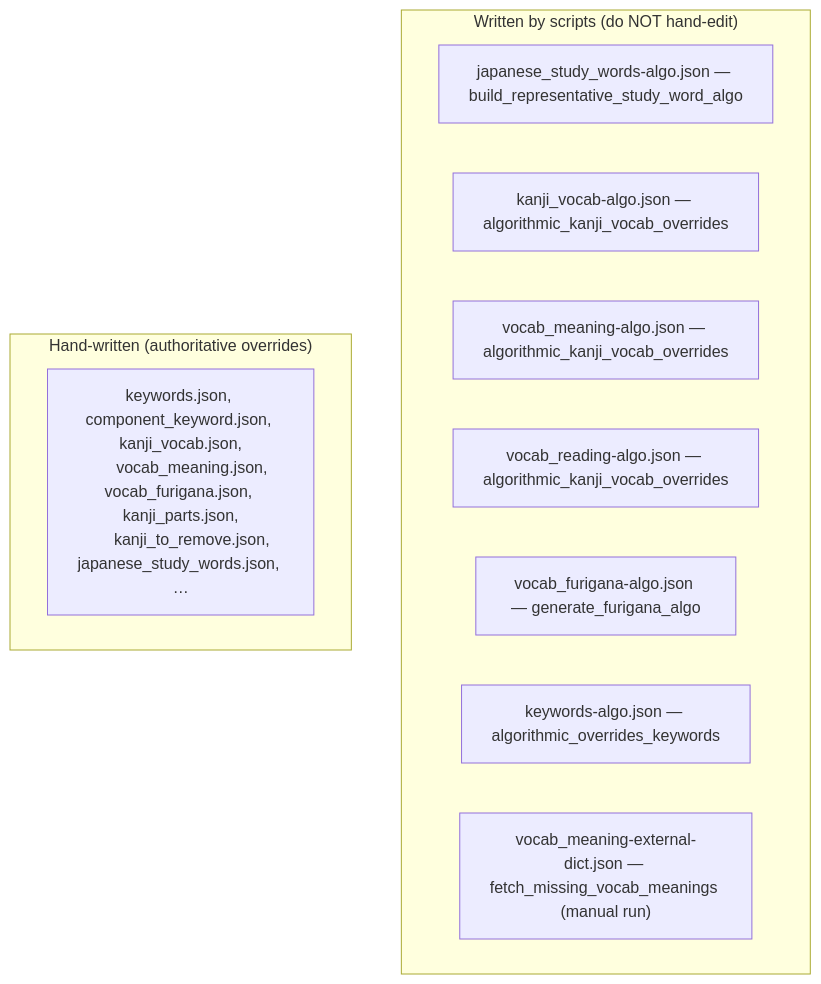
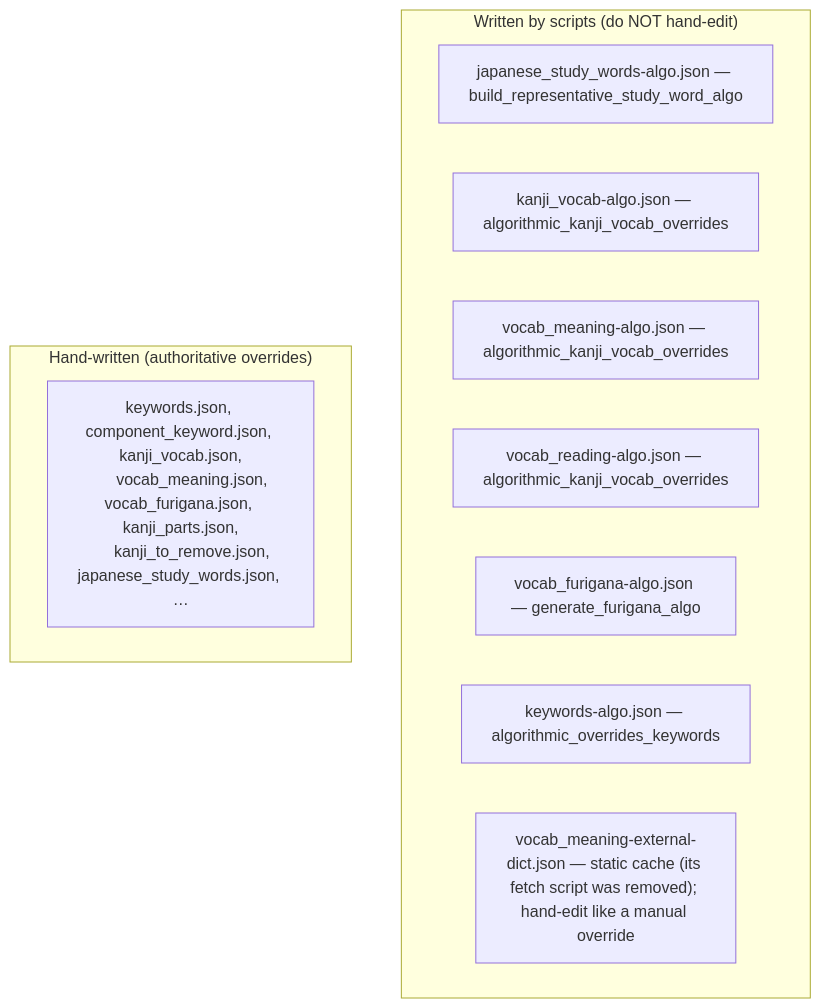
The third of 7 diagrams in notes/flowchart.md (PikaPikaGems/kanji-heatmap-data), drawn with Mermaid before and after one commit. The commit also changed other lines of this file and 4 other files, not shown here.

First line of the commit message:
Remove fetch_missing_vocab_meanings.py, the external meaning-fetch tool

````diff
--- a/notes/flowchart.md
+++ b/notes/flowchart.md
@@ -163,17 +160,17 @@
 ```mermaid
 flowchart TB
     subgraph ALGO["Written by scripts (do NOT hand-edit)"]
       a1["japanese_study_words-algo.json — build_representative_study_word_algo"]
       a2["kanji_vocab-algo.json — algorithmic_kanji_vocab_overrides"]
       a3["vocab_meaning-algo.json — algorithmic_kanji_vocab_overrides"]
       a4["vocab_reading-algo.json — algorithmic_kanji_vocab_overrides"]
       a5["vocab_furigana-algo.json — generate_furigana_algo"]
       a6["keywords-algo.json — algorithmic_overrides_keywords"]
-      a7["vocab_meaning-external-dict.json — fetch_missing_vocab_meanings (manual run)"]
+      a7["vocab_meaning-external-dict.json — static cache (its fetch script was removed); hand-edit like a manual override"]
     end
     subgraph MANUAL["Hand-written (authoritative overrides)"]
       m1["keywords.json, component_keyword.json, kanji_vocab.json,
       vocab_meaning.json, vocab_furigana.json, kanji_parts.json,
       kanji_to_remove.json, japanese_study_words.json, …"]
     end
 ```
````
